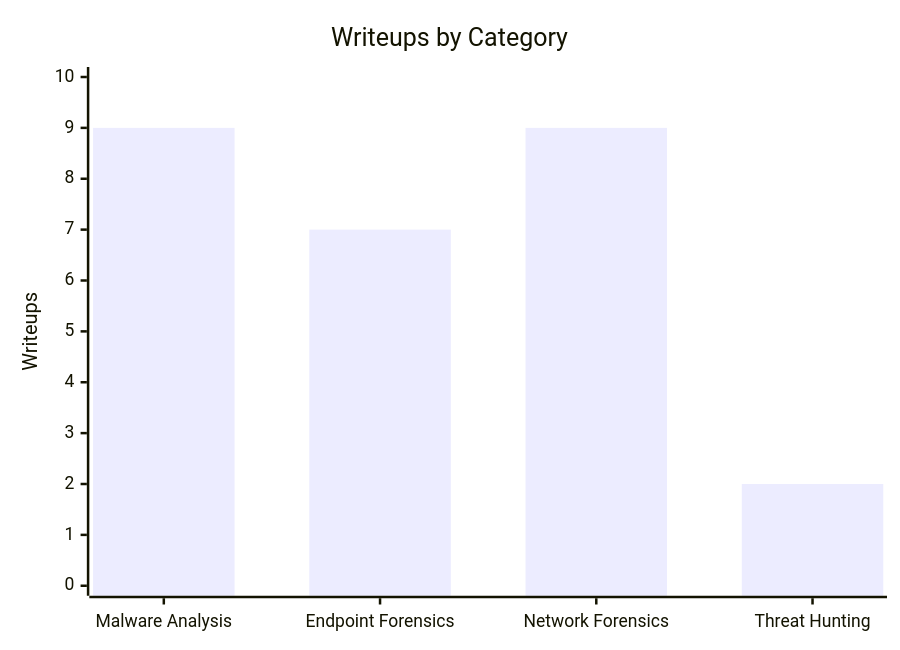
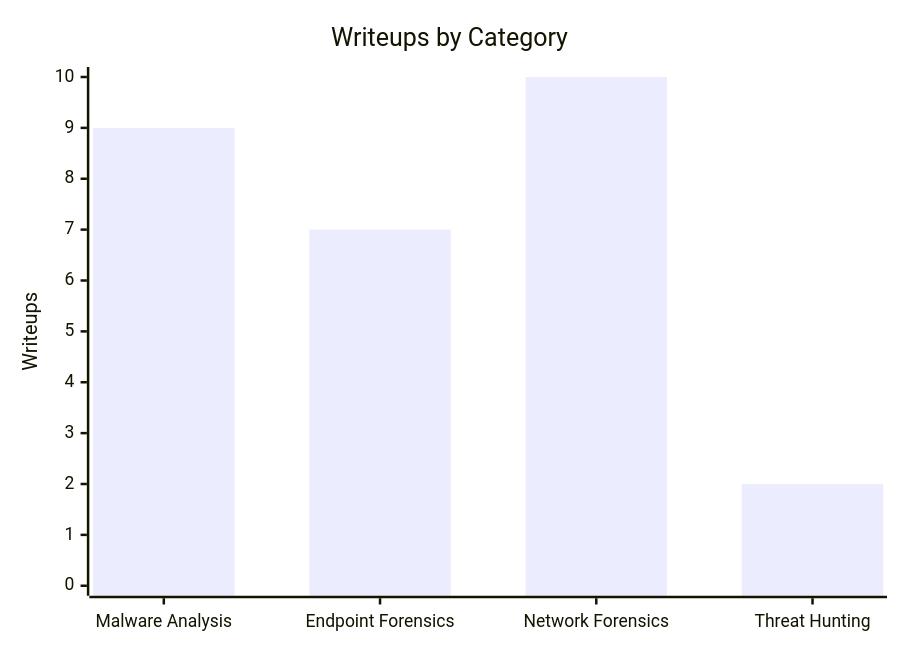
One commit to FrancisVillalon/cyberdefender-writeups changed the diagram in README.md. Above: the diagram before and after it, drawn with Mermaid. The commit also changed other lines of this file and 43 other files, not shown here.

````diff
--- a/README.md
+++ b/README.md
@@ -9,7 +9,7 @@
 ```mermaid
 xychart-beta
     title "Writeups by Category"
     x-axis ["Malware Analysis", "Endpoint Forensics", "Network Forensics", "Threat Hunting"]
     y-axis "Writeups" 0 --> 10
-    bar [9, 7, 9, 2]
+    bar [9, 7, 10, 2]
 ```
````
